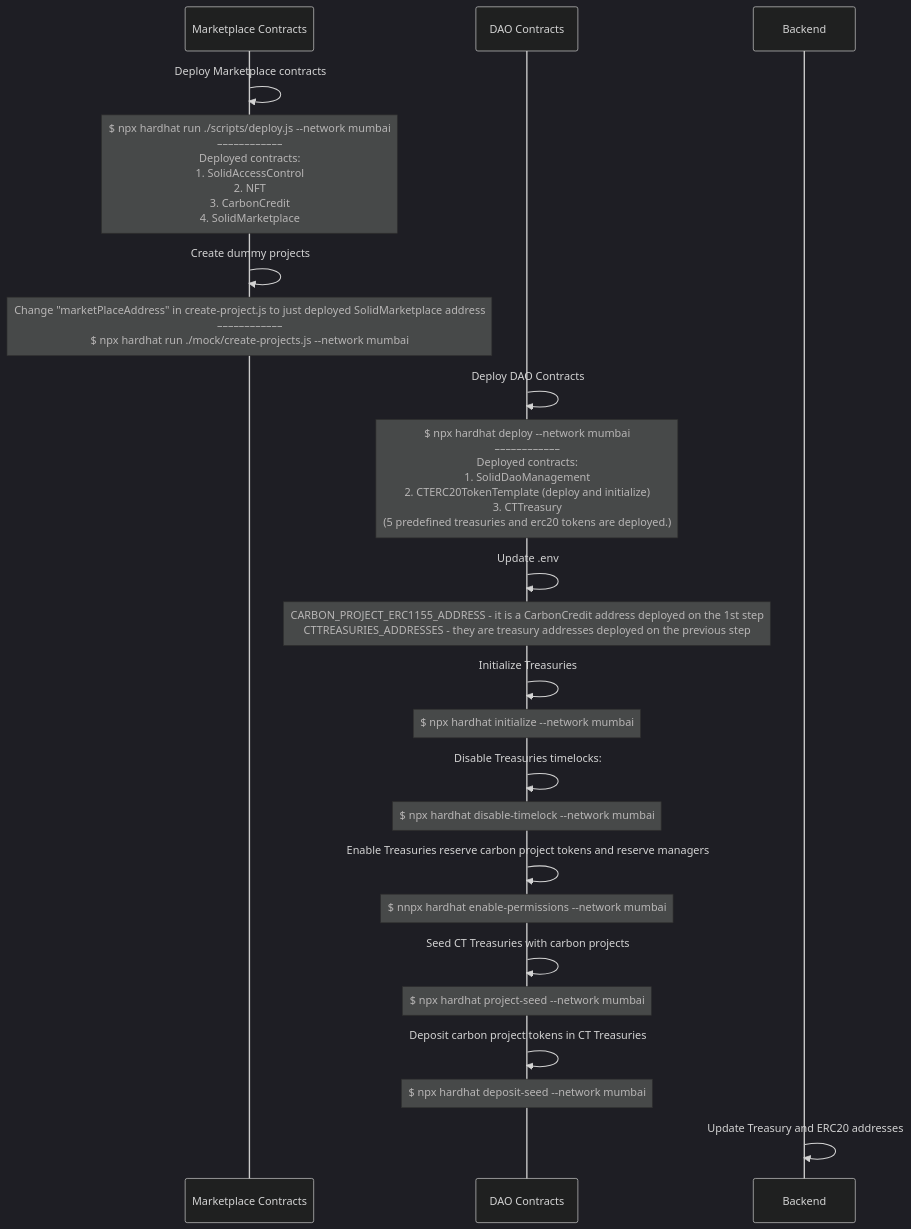
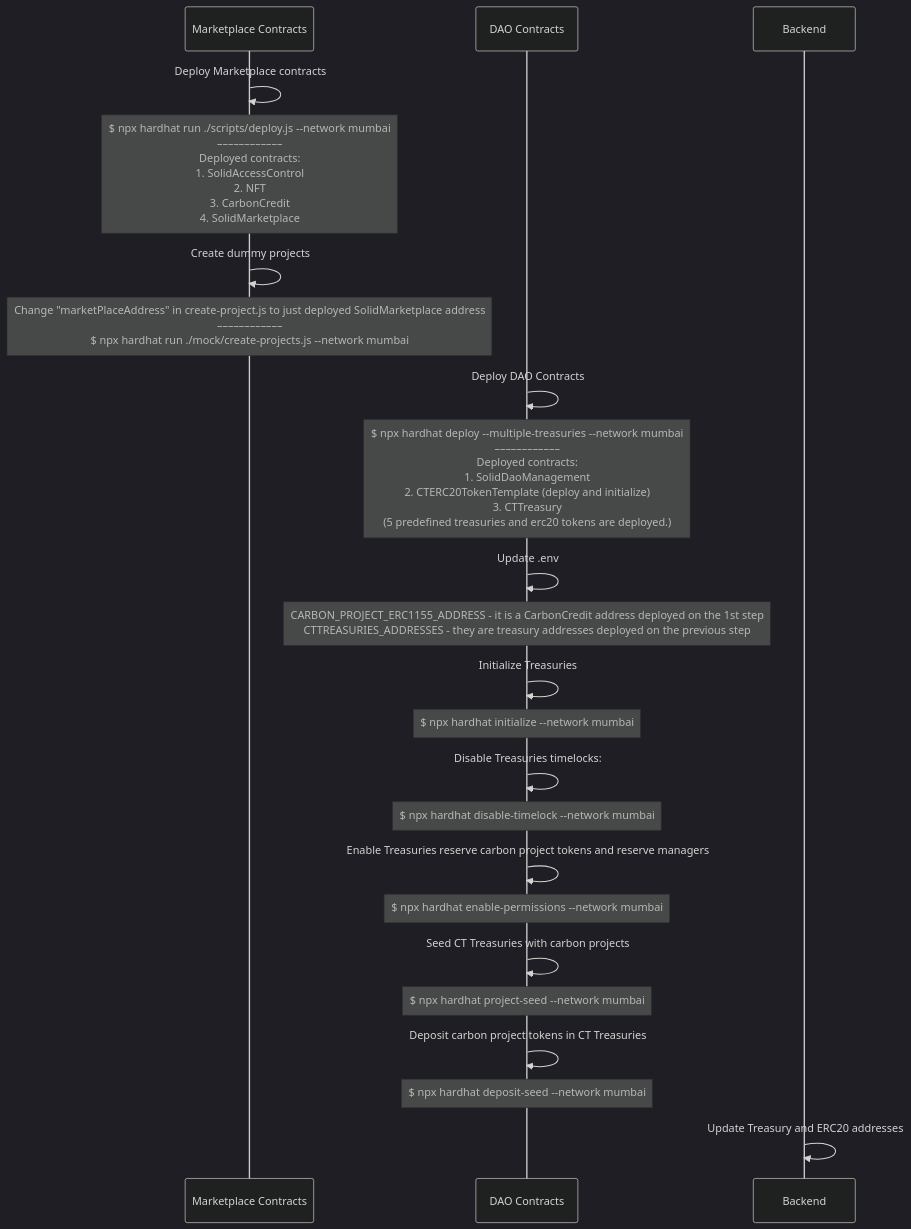
The diagram in docs/mumbai-deployment-flow.md (solid-world/solid-world-dao-contracts), drawn with Mermaid (dark theme) before and after one commit. The commit also changed 3 other files, not shown here.

First line of the commit message:
Put predefined treasuries deployment behind the flag (#70)

````diff
--- a/docs/mumbai-deployment-flow.md
+++ b/docs/mumbai-deployment-flow.md
@@ -1,25 +1,25 @@
 ```mermaid
 sequenceDiagram
     participant market as Marketplace Contracts
     participant dao as DAO Contracts
     participant Backend
     market->>market: Deploy Marketplace contracts
     Note over market: $ npx hardhat run ./scripts/deploy.js --network mumbai <br>––––––––––––<br>Deployed contracts: <br>1. SolidAccessControl <br>2. NFT <br>3. CarbonCredit <br>4. SolidMarketplace
     market->>market: Create dummy projects
     Note over market: Change "marketPlaceAddress" in create-project.js to just deployed SolidMarketplace address<br>––––––––––––<br>$ npx hardhat run ./mock/create-projects.js  --network mumbai
     dao->>dao: Deploy DAO Contracts
-    Note over dao: $ npx hardhat deploy --network mumbai <br>––––––––––––<br>Deployed contracts: <br>1. SolidDaoManagement<br> 2. CTERC20TokenTemplate (deploy and initialize)<br> 3. CTTreasury<br> (5 predefined treasuries and erc20 tokens are deployed.)
+    Note over dao: $ npx hardhat deploy --multiple-treasuries --network mumbai <br>––––––––––––<br>Deployed contracts: <br>1. SolidDaoManagement<br> 2. CTERC20TokenTemplate (deploy and initialize)<br> 3. CTTreasury<br> (5 predefined treasuries and erc20 tokens are deployed.)
     dao->>dao: Update .env
     Note over dao: CARBON_PROJECT_ERC1155_ADDRESS - it is a CarbonCredit address deployed on the 1st step<br>CTTREASURIES_ADDRESSES - they are treasury addresses deployed on the previous step
     dao->>dao: Initialize Treasuries
     Note over dao: $ npx hardhat initialize --network mumbai
     dao->>dao: Disable Treasuries timelocks:
     Note over dao: $ npx hardhat disable-timelock --network mumbai
     dao->>dao: Enable Treasuries reserve carbon project tokens and reserve managers
-    Note over dao: $ nnpx hardhat enable-permissions --network mumbai
+    Note over dao: $ npx hardhat enable-permissions --network mumbai
     dao->>dao: Seed CT Treasuries with carbon projects
     Note over dao: $ npx hardhat project-seed --network mumbai
     dao->>dao: Deposit carbon project tokens in CT Treasuries
     Note over dao: $ npx hardhat deposit-seed --network mumbai
     Backend->>Backend: Update Treasury and ERC20 addresses
 ```
````
